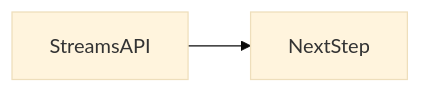
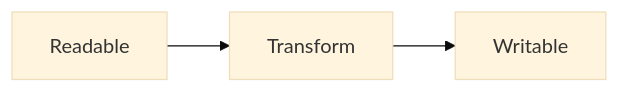
Before and after one commit to OmidJavaherii/Frontend-Engineering-Handbook: the first of 2 diagrams in docs/en/09-browser-apis/streams-api/index.md, drawn with Mermaid (base theme). The commit also changed other lines of this file and 461 other files, not shown here.

````diff
--- a/docs/en/09-browser-apis/streams-api/index.md
+++ b/docs/en/09-browser-apis/streams-api/index.md
@@ -94,4 +53,4 @@
 ```mermaid
 flowchart LR
-  concept[StreamsAPI] --> nextStep[NextStep]
+  Source[Readable] --> Transform --> Dest[Writable]
 ```
````
